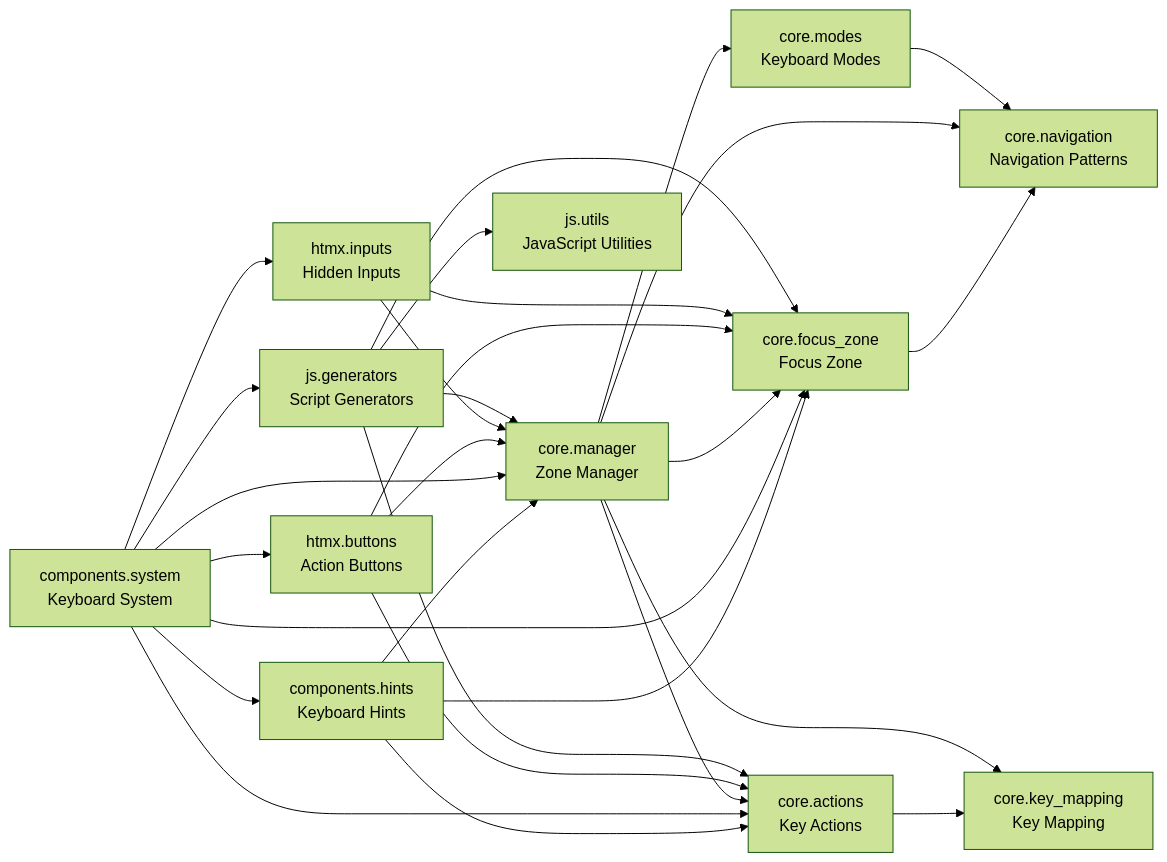
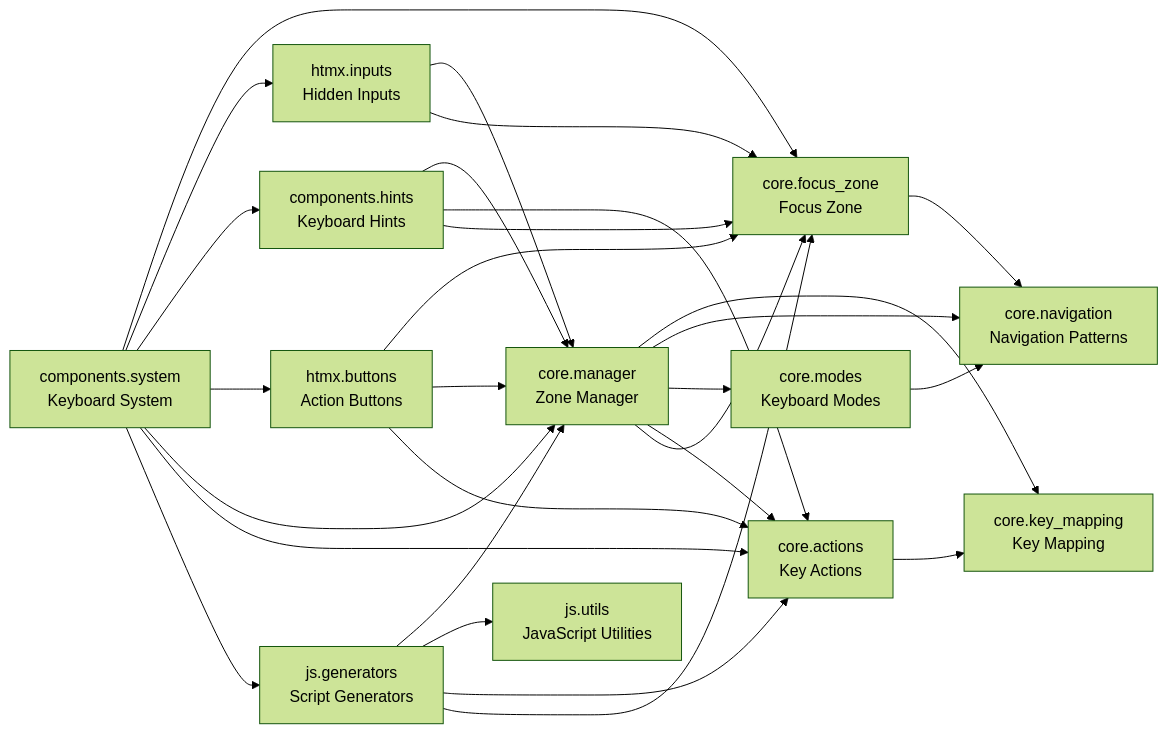
Before and after one commit to cj-mills/cjm-fasthtml-keyboard-navigation: the diagram in README.md, drawn with Mermaid (forest theme). The commit also changed other lines of this file and 6 other files, not shown here.

Commit message:
Fix zone-specific keyboard actions and focus tracking for reordered items in Dual Panel demo.

````diff
--- a/README.md
+++ b/README.md
@@ -36,43 +36,43 @@
 ``` mermaid
 graph LR
     components_hints[components.hints<br/>Keyboard Hints]
     components_system[components.system<br/>Keyboard System]
     core_actions[core.actions<br/>Key Actions]
     core_focus_zone[core.focus_zone<br/>Focus Zone]
     core_key_mapping[core.key_mapping<br/>Key Mapping]
     core_manager[core.manager<br/>Zone Manager]
     core_modes[core.modes<br/>Keyboard Modes]
     core_navigation[core.navigation<br/>Navigation Patterns]
     htmx_buttons[htmx.buttons<br/>Action Buttons]
     htmx_inputs[htmx.inputs<br/>Hidden Inputs]
     js_generators[js.generators<br/>Script Generators]
     js_utils[js.utils<br/>JavaScript Utilities]
 
     components_hints --> core_manager
     components_hints --> core_actions
     components_hints --> core_focus_zone
-    components_system --> core_manager
-    components_system --> htmx_buttons
     components_system --> core_focus_zone
-    components_system --> js_generators
     components_system --> htmx_inputs
     components_system --> components_hints
+    components_system --> htmx_buttons
+    components_system --> core_manager
     components_system --> core_actions
+    components_system --> js_generators
     core_actions --> core_key_mapping
     core_focus_zone --> core_navigation
+    core_manager --> core_key_mapping
     core_manager --> core_navigation
-    core_manager --> core_key_mapping
-    core_manager --> core_focus_zone
     core_manager --> core_modes
     core_manager --> core_actions
+    core_manager --> core_focus_zone
     core_modes --> core_navigation
+    htmx_buttons --> core_focus_zone
     htmx_buttons --> core_manager
-    htmx_buttons --> core_focus_zone
     htmx_buttons --> core_actions
     htmx_inputs --> core_manager
     htmx_inputs --> core_focus_zone
     js_generators --> core_manager
-    js_generators --> core_focus_zone
     js_generators --> js_utils
     js_generators --> core_actions
+    js_generators --> core_focus_zone
 ```
````
